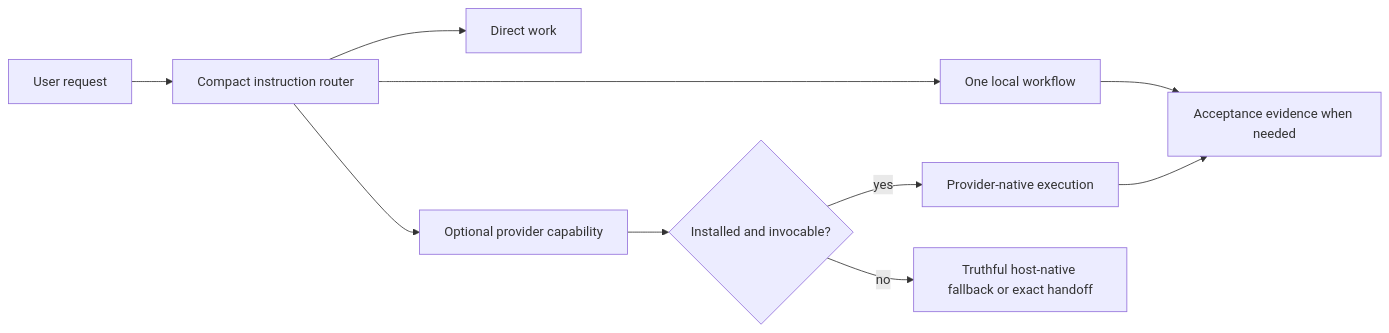
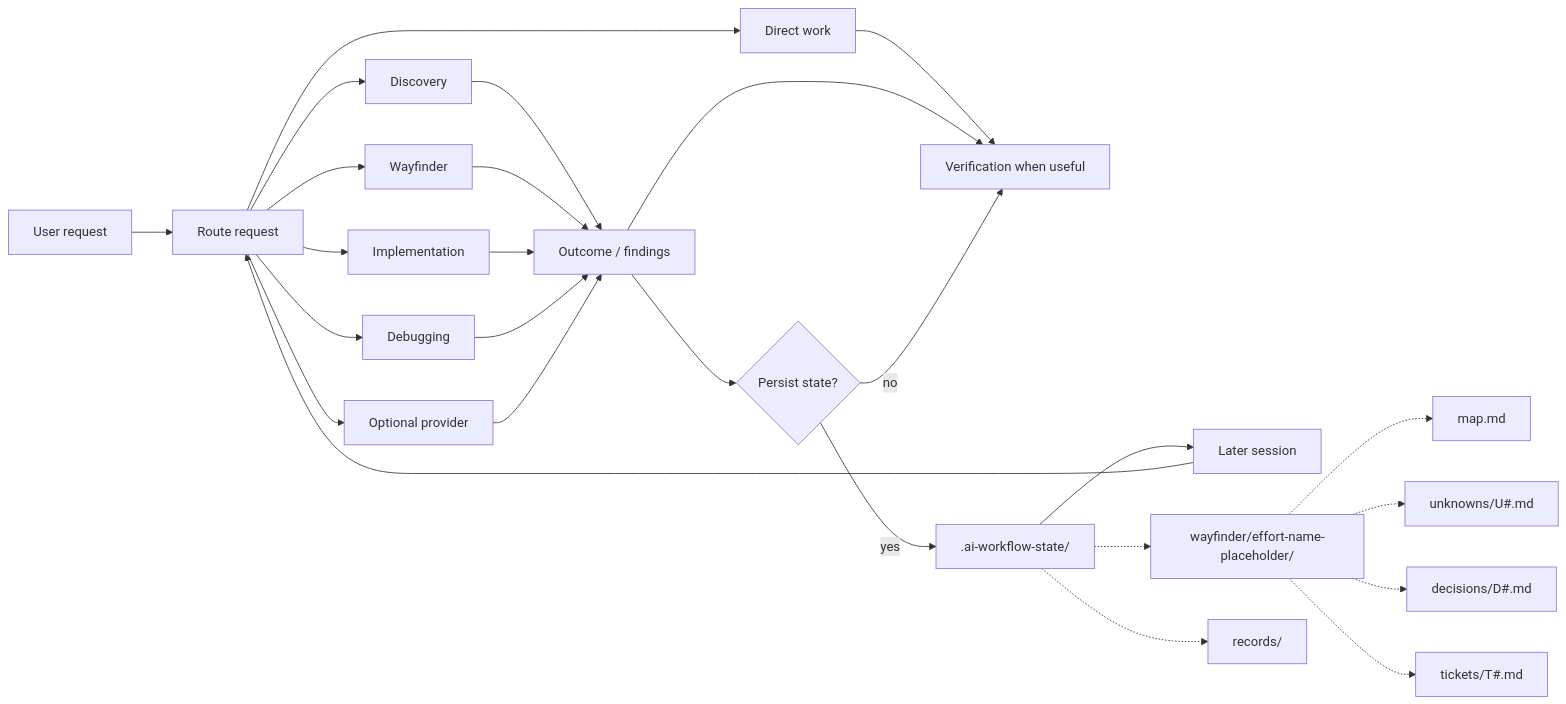
Before and after one commit to jimmfan/agentic-workflow: the diagram in README.md, drawn with Mermaid. The commit also changed other lines of this file and 98 other files, not shown here.

````diff
--- a/README.md
+++ b/README.md
@@ -21,12 +48,35 @@
 ```mermaid
 flowchart LR
-    request["User request"] --> router["Compact instruction router"]
+    request["User request"] --> router["Route request"]
+
     router --> direct["Direct work"]
-    router --> local["One local workflow"]
-    router --> optional["Optional provider capability"]
-    optional --> available{"Installed and invocable?"}
-    available -->|yes| execute["Provider-native execution"]
-    available -->|no| fallback["Truthful host-native fallback or exact handoff"]
-    local --> evidence["Acceptance evidence when needed"]
-    execute --> evidence
+    router --> discovery["Discovery"]
+    router --> wayfinder["Wayfinder"]
+    router --> implementation["Implementation"]
+    router --> debugging["Debugging"]
+    router --> provider["Optional provider"]
+
+    discovery --> result["Outcome / findings"]
+    wayfinder --> result
+    implementation --> result
+    debugging --> result
+    provider --> result
+
+    direct --> verify["Verification when useful"]
+    result --> verify
+
+    result --> durable{"Persist state?"}
+    durable -->|no| verify
+    durable -->|yes| state[".ai-workflow-state/"]
+
+    state --> resume["Later session"]
+    resume --> router
+
+    state -.-> wfstate["wayfinder/effort-name-placeholder/"]
+    wfstate -.-> map["map.md"]
+    wfstate -.-> unknowns["unknowns/U#.md"]
+    wfstate -.-> decisions["decisions/D#.md"]
+    wfstate -.-> tickets["tickets/T#.md"]
+
+    state -.-> records["records/"]
 ```
````
